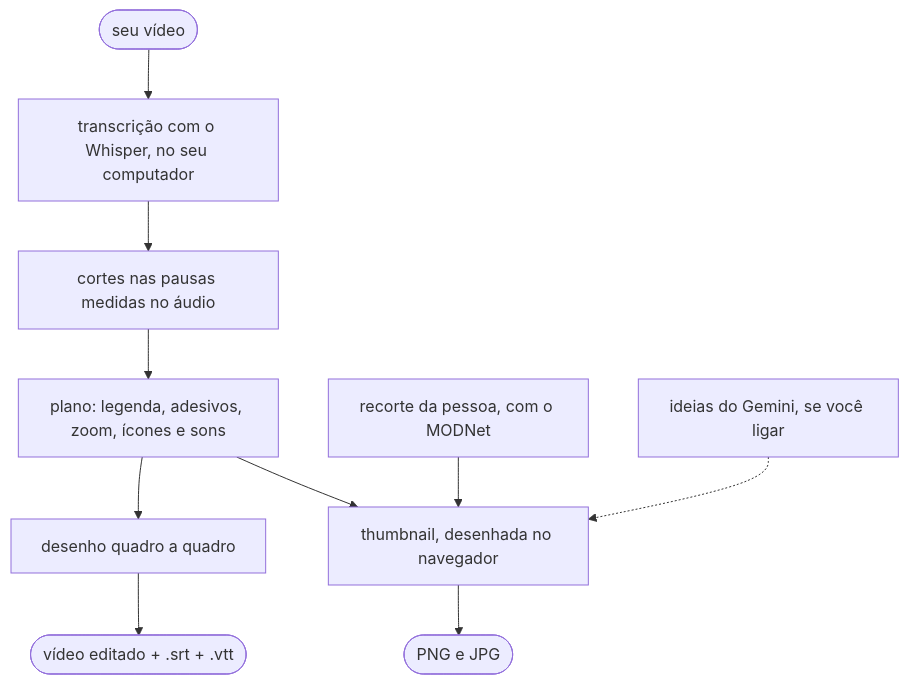
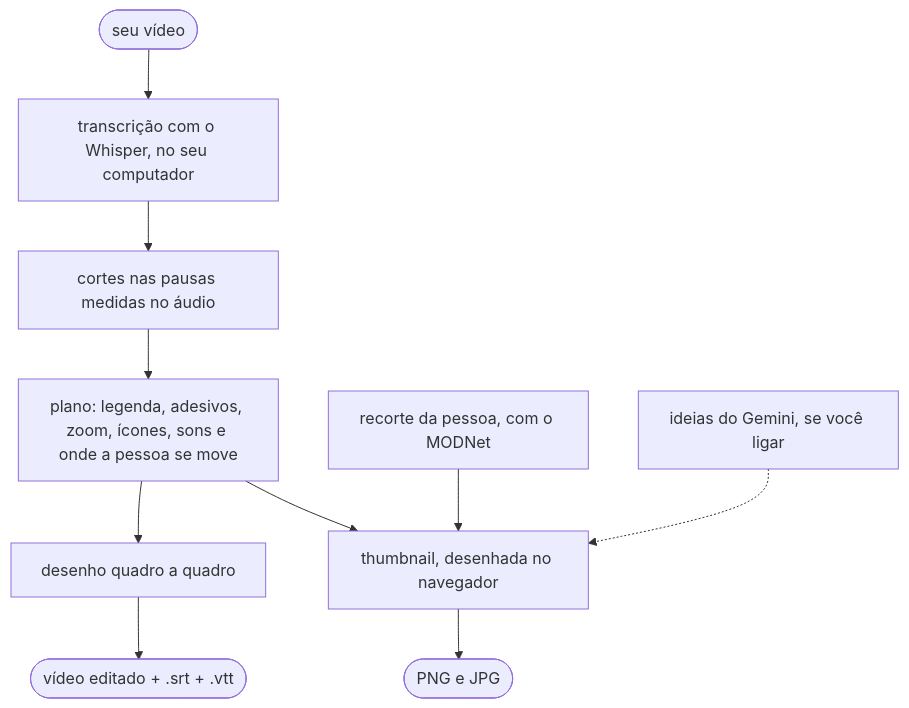
Before and after one commit to lucasteles1231/editor-de-video: the diagram in README.md, drawn with Mermaid. The commit also changed other lines of this file and 30 other files, not shown here.

````diff
--- a/README.md
+++ b/README.md
@@ -397,12 +411,12 @@
 ```mermaid
 flowchart TD
     V([seu vídeo]) --> W[transcrição com o Whisper, no seu computador]
     W --> C[cortes nas pausas medidas no áudio]
-    C --> P[plano: legenda, adesivos, zoom, ícones e sons]
+    C --> P[plano: legenda, adesivos, zoom, ícones, sons e onde a pessoa se move]
     P --> D[desenho quadro a quadro]
     P --> T[thumbnail, desenhada no navegador]
     R[recorte da pessoa, com o MODNet] --> T
     G[ideias do Gemini, se você ligar] -.-> T
     D --> S([vídeo editado + .srt + .vtt])
     T --> I([PNG e JPG])
 ```
````
